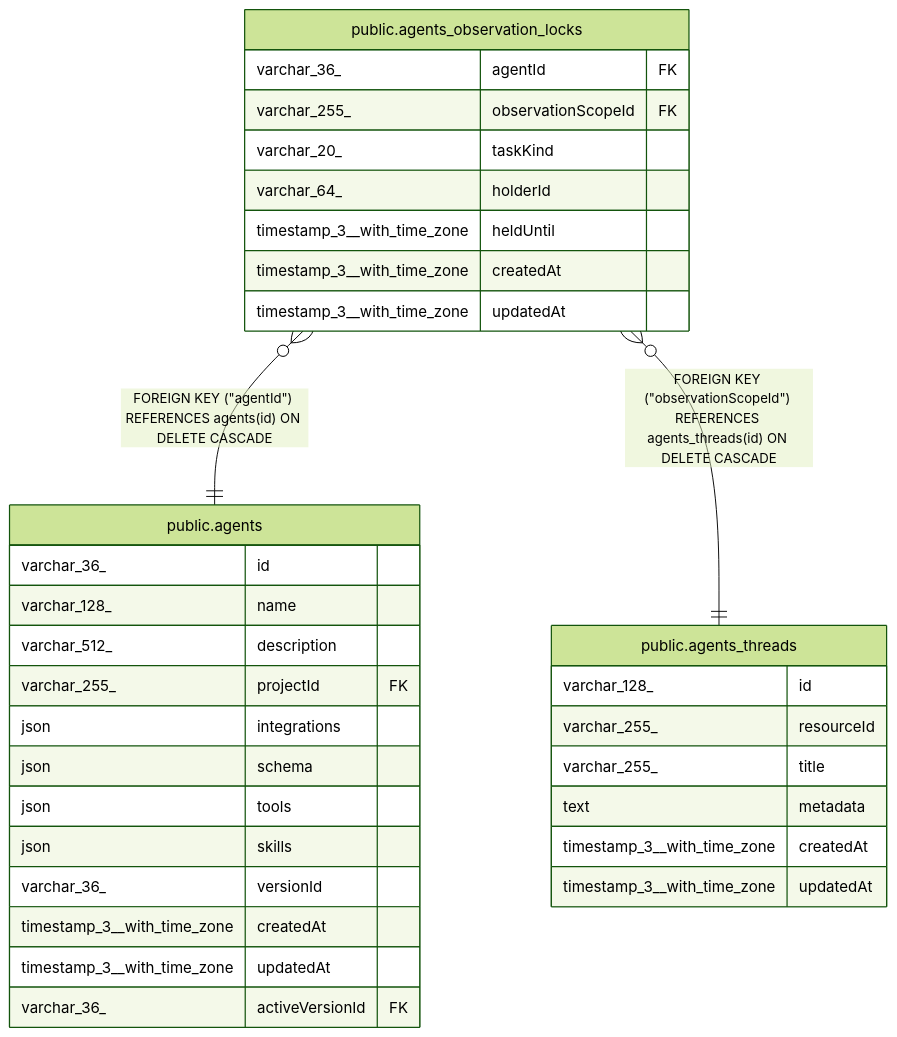
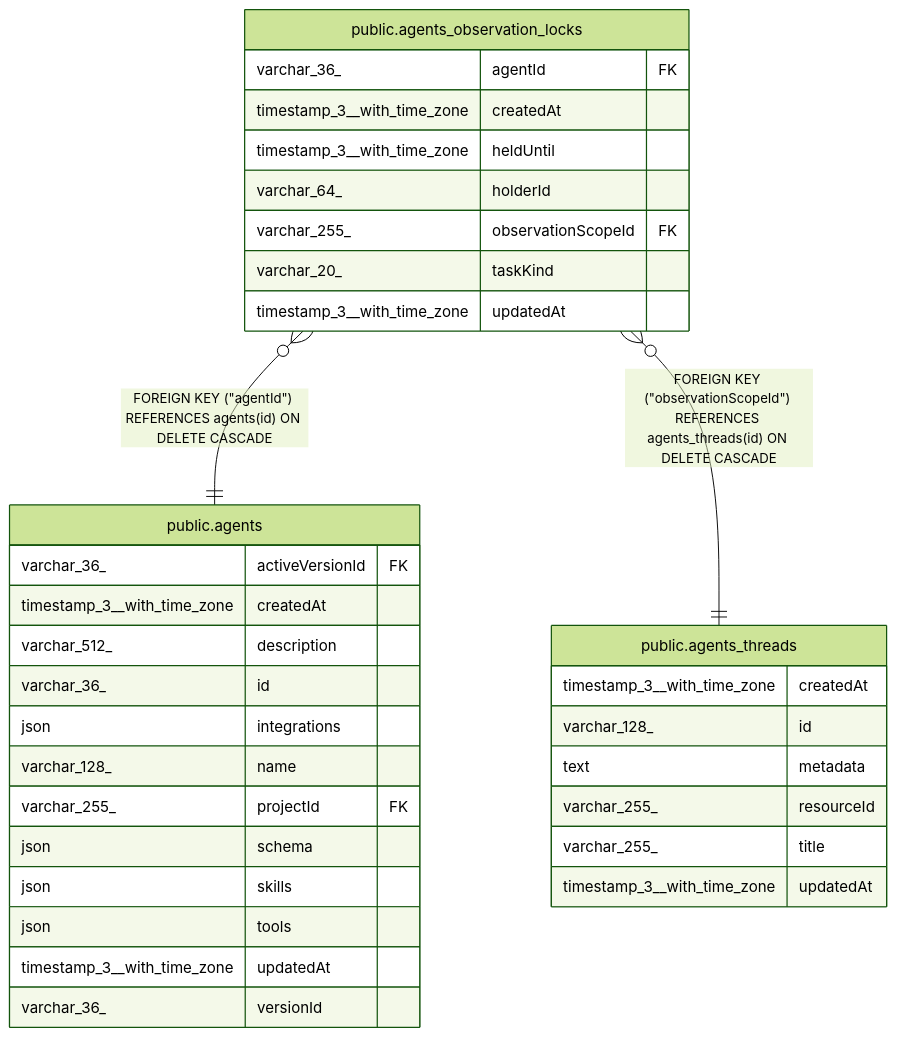
Before and after one commit to mayankjain1815-commits/n8n: the diagram in docs/generated/postgres-schema/public.agents_observation_locks.md, drawn with Mermaid (forest theme). The commit also changed other lines of this file and 221 other files, not shown here.

Commit message:
chore(core): Make DB schema docs generation deterministic (#32373)

````diff
--- a/docs/generated/postgres-schema/public.agents_observation_locks.md
+++ b/docs/generated/postgres-schema/public.agents_observation_locks.md
@@ -40,38 +40,38 @@
 ```mermaid
 erDiagram
 
 "public.agents_observation_locks" }o--|| "public.agents" : "FOREIGN KEY (#quot;agentId#quot;) REFERENCES agents(id) ON DELETE CASCADE"
 "public.agents_observation_locks" }o--|| "public.agents_threads" : "FOREIGN KEY (#quot;observationScopeId#quot;) REFERENCES agents_threads(id) ON DELETE CASCADE"
 
 "public.agents_observation_locks" {
   varchar_36_ agentId FK
+  timestamp_3__with_time_zone createdAt
+  timestamp_3__with_time_zone heldUntil
+  varchar_64_ holderId
   varchar_255_ observationScopeId FK
   varchar_20_ taskKind
-  varchar_64_ holderId
-  timestamp_3__with_time_zone heldUntil
-  timestamp_3__with_time_zone createdAt
   timestamp_3__with_time_zone updatedAt
 }
 "public.agents" {
+  varchar_36_ activeVersionId FK
+  timestamp_3__with_time_zone createdAt
+  varchar_512_ description
   varchar_36_ id
+  json integrations
   varchar_128_ name
-  varchar_512_ description
   varchar_255_ projectId FK
-  json integrations
   json schema
+  json skills
   json tools
-  json skills
+  timestamp_3__with_time_zone updatedAt
   varchar_36_ versionId
-  timestamp_3__with_time_zone createdAt
-  timestamp_3__with_time_zone updatedAt
-  varchar_36_ activeVersionId FK
 }
 "public.agents_threads" {
+  timestamp_3__with_time_zone createdAt
   varchar_128_ id
+  text metadata
   varchar_255_ resourceId
   varchar_255_ title
-  text metadata
-  timestamp_3__with_time_zone createdAt
   timestamp_3__with_time_zone updatedAt
 }
 ```
````
